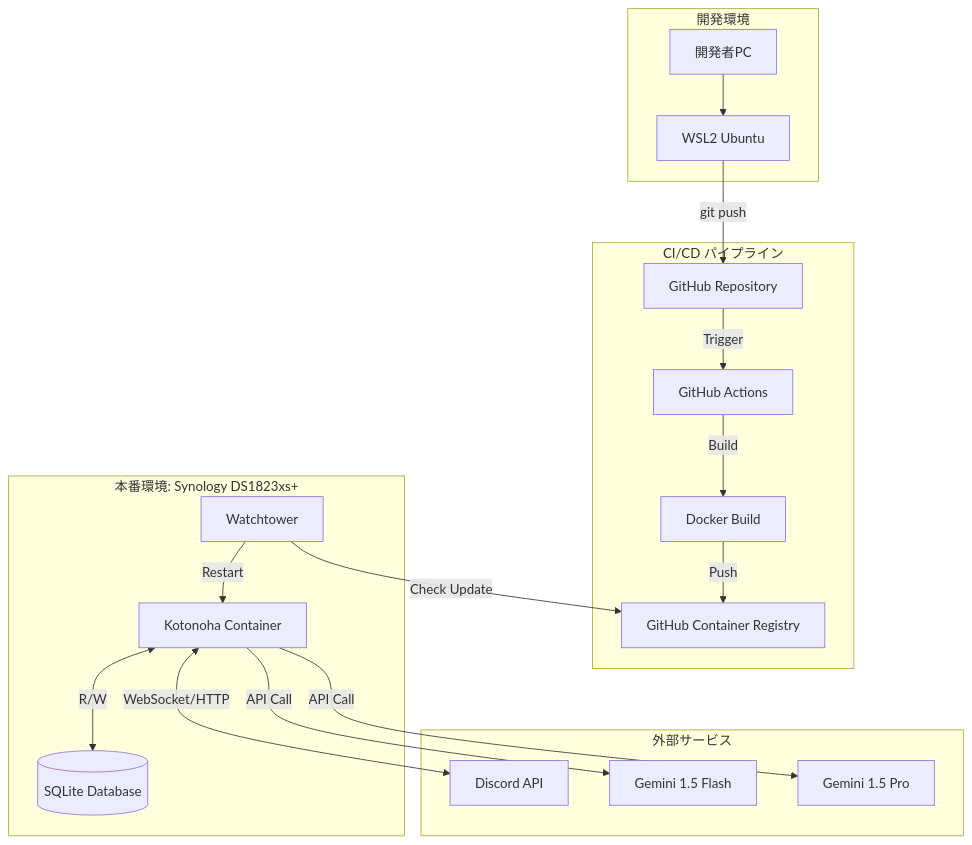
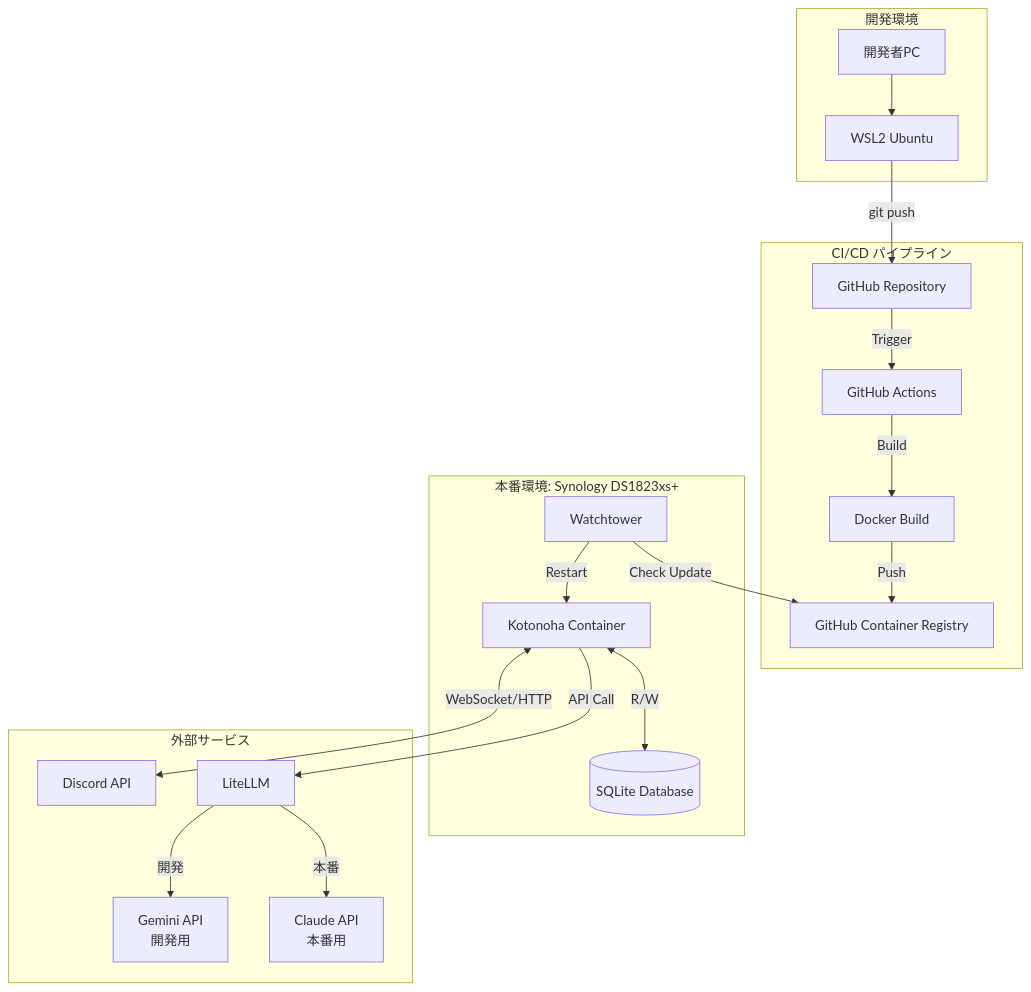
The first of 3 diagrams in docs/architecture/system-architecture.md (fluxrozin/kotonoha-bot), drawn with Mermaid before and after one commit. The commit also changed other lines of this file and 14 other files, not shown here.

First line of the commit message:
Add environment configuration and update documentation for LiteLLM integration

````diff
--- a/docs/architecture/system-architecture.md
+++ b/docs/architecture/system-architecture.md
@@ -7,40 +7,42 @@
 ```mermaid
 graph TB
     subgraph "開発環境"
         Dev[開発者PC]
         WSL[WSL2 Ubuntu]
         Dev --> WSL
     end
 
     subgraph "CI/CD パイプライン"
         GitHub[GitHub Repository]
         GHA[GitHub Actions]
         DockerBuild[Docker Build]
         GHCR[GitHub Container Registry]
 
         WSL -->|git push| GitHub
         GitHub -->|Trigger| GHA
         GHA -->|Build| DockerBuild
         DockerBuild -->|Push| GHCR
     end
 
     subgraph "本番環境: Synology DS1823xs+"
         Watchtower[Watchtower]
         Container[Kotonoha Container]
         SQLite[(SQLite Database)]
 
         Watchtower -->|Check Update| GHCR
         Watchtower -->|Restart| Container
         Container <-->|R/W| SQLite
     end
 
     subgraph "外部サービス"
         Discord[Discord API]
-        GeminiFlash[Gemini 1.5 Flash]
-        GeminiPro[Gemini 1.5 Pro]
+        LiteLLM[LiteLLM]
+        Gemini[Gemini API<br/>開発用]
+        Claude[Claude API<br/>本番用]
 
         Container <-->|WebSocket/HTTP| Discord
-        Container -->|API Call| GeminiFlash
-        Container -->|API Call| GeminiPro
+        Container -->|API Call| LiteLLM
+        LiteLLM -->|開発| Gemini
+        LiteLLM -->|本番| Claude
     end
 ```
````
